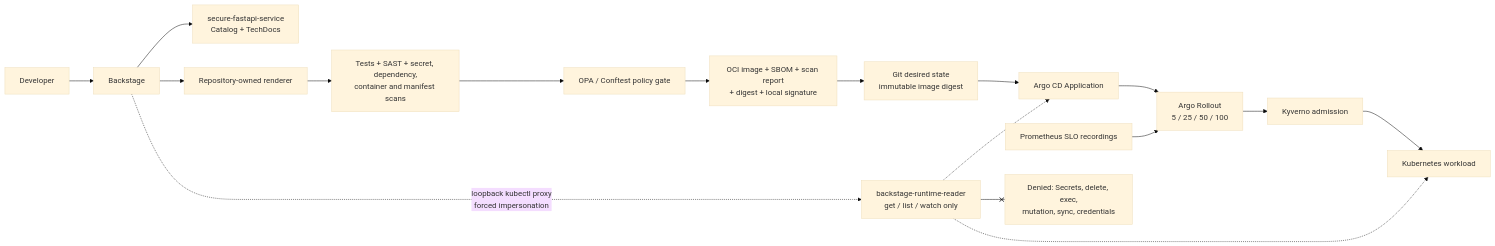
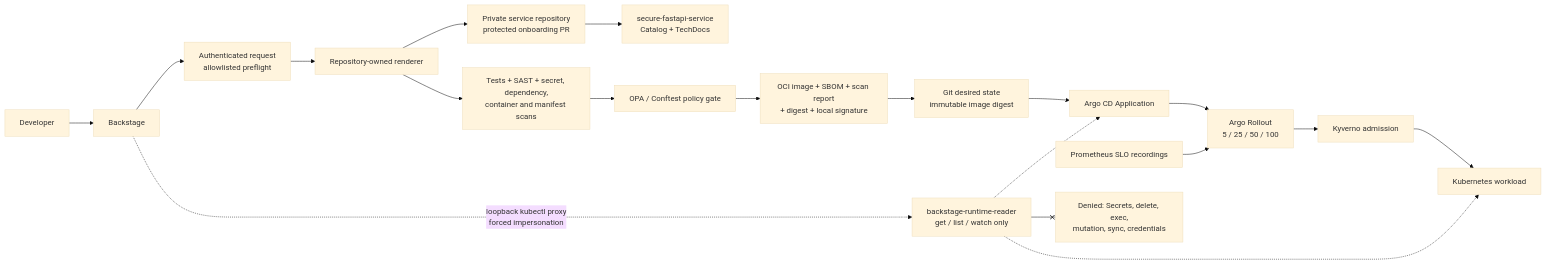
One commit to SecureCloudOps/ForgePath changed the diagram in docs/ARCHITECTURE.md. Above: the diagram before and after it, drawn with Mermaid (base theme). The commit also changed other lines of this file and 31 other files, not shown here.

````diff
--- a/docs/ARCHITECTURE.md
+++ b/docs/ARCHITECTURE.md
@@ -7,22 +7,24 @@
 ```mermaid
 flowchart LR
   developer["Developer"] --> backstage["Backstage"]
-  backstage --> catalog["secure-fastapi-service<br/>Catalog + TechDocs"]
-  backstage --> renderer["Repository-owned renderer"]
+  backstage --> preflight["Authenticated request<br/>allowlisted preflight"]
+  preflight --> renderer["Repository-owned renderer"]
+  renderer --> repository["Private service repository<br/>protected onboarding PR"]
+  repository --> catalog["secure-fastapi-service<br/>Catalog + TechDocs"]
   renderer --> validation["Tests + SAST + secret, dependency,<br/>container and manifest scans"]
   validation --> policy["OPA / Conftest policy gate"]
   policy --> artifact["OCI image + SBOM + scan report<br/>+ digest + local signature"]
   artifact --> git["Git desired state<br/>immutable image digest"]
   git --> argocd["Argo CD Application"]
   argocd --> rollout["Argo Rollout<br/>5 / 25 / 50 / 100"]
   prometheus["Prometheus SLO recordings"] --> rollout
   rollout --> kyverno["Kyverno admission"]
   kyverno --> workload["Kubernetes workload"]
 
   reader["backstage-runtime-reader<br/>get / list / watch only"] -.-> workload
   reader -.-> argocd
   backstage -. "loopback kubectl proxy<br/>forced impersonation" .-> reader
 
   denied["Denied: Secrets, delete, exec,<br/>mutation, sync, credentials"]
   reader --x denied
 ```
````
